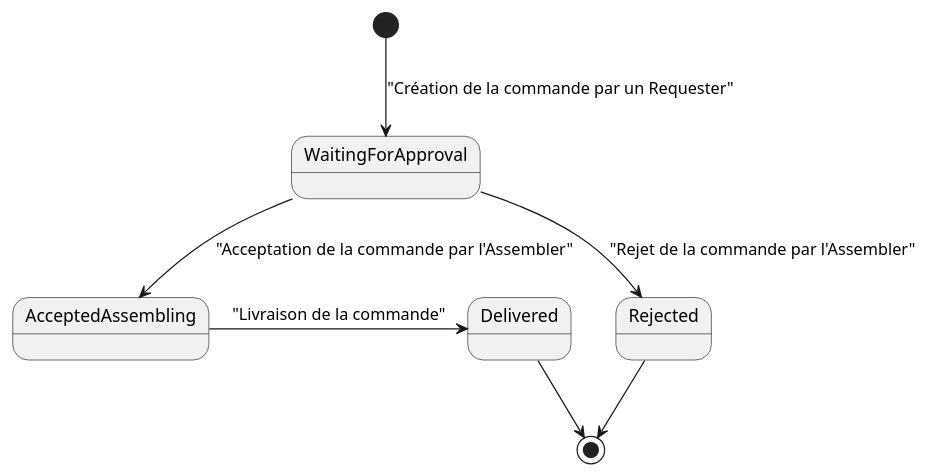
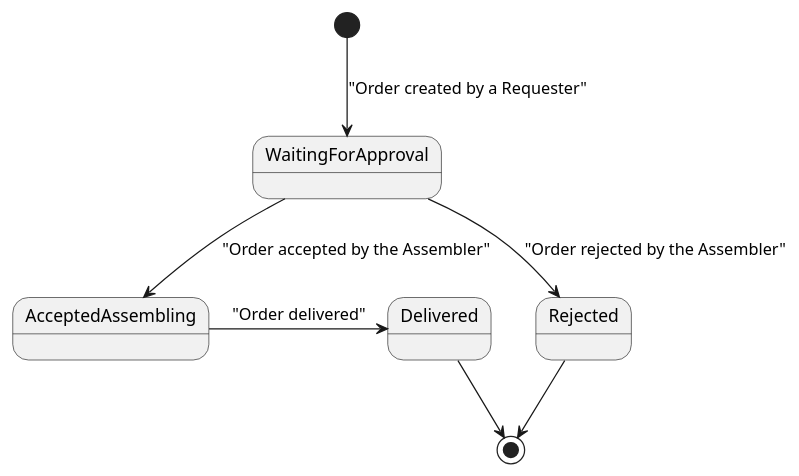
Before and after one commit to Yorkchk/PC_sur_mesure_Mobile_app: the fifth of 15 diagrams in README.md, drawn with PlantUML. The commit also changed other lines of this file, not shown here.

````diff
--- a/README.md
+++ b/README.md
@@ -196,13 +172,15 @@
+```plantuml
 @startuml
-    [*] -->  WaitingForApproval : "Création de la commande par un Requester"
+[*] --> WaitingForApproval : "Order created by a Requester"
 
-    WaitingForApproval --> AcceptedAssembling : "Acceptation de la commande par l'Assembler"
+WaitingForApproval --> AcceptedAssembling : "Order accepted by the Assembler"
 
-    AcceptedAssembling -> Delivered : "Livraison de la commande"
-    
-    WaitingForApproval --> Rejected : "Rejet de la commande par l'Assembler"
-    
-    Delivered --> [*]
-    
-    Rejected --> [*]
+AcceptedAssembling -> Delivered : "Order delivered"
+
+WaitingForApproval --> Rejected : "Order rejected by the Assembler"
+
+Delivered --> [*]
+
+Rejected --> [*]
 @enduml
+```
````
